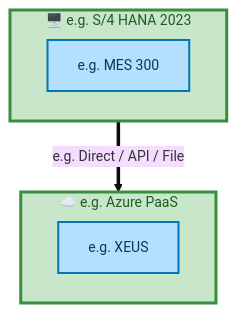
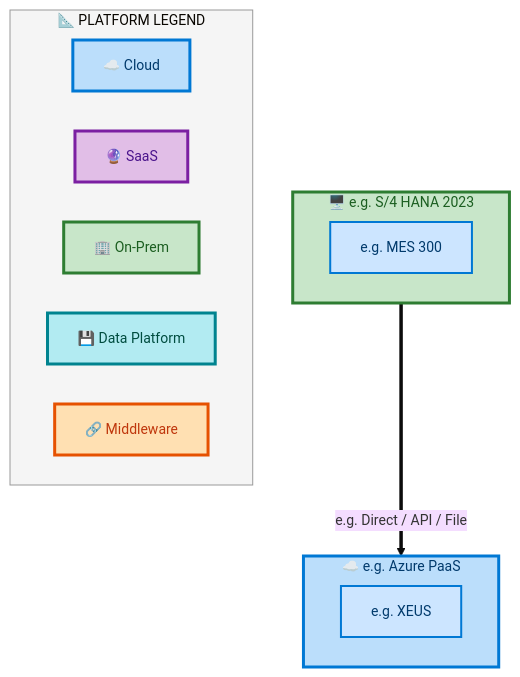
Before and after one commit to sajivfrancis777/IAO-Architecture: the seventh of 7 diagrams in towers/E2E/Procure to Pay/E2E-112/output/docs/systems-architecture/E2E-112-Architecture.md, drawn with Mermaid. The commit also changed other lines of this file and 394 other files, not shown here.

First line of the commit message:
feat: structured layer ordering for Mermaid architecture diagrams

````diff
--- a/towers/E2E/Procure to Pay/E2E-112/output/docs/systems-architecture/E2E-112-Architecture.md
+++ b/towers/E2E/Procure to Pay/E2E-112/output/docs/systems-architecture/E2E-112-Architecture.md
@@ -601,22 +634,36 @@
 ```mermaid
 %%{init: {"theme": "base", "securityLevel": "loose", "themeVariables": {"fontSize": "14px", "fontFamily": "Segoe UI, Arial"}, "flowchart": {"useMaxWidth": false, "htmlLabels": true, "nodeSpacing": 40, "rankSpacing": 50}} }%%
 flowchart TB
-    classDef appBox fill:#B5DFFF,stroke:#0077B6,stroke-width:2px,color:#003D5B
-    classDef platBox fill:#C8E6C9,stroke:#388E3C,stroke-width:3px,color:#1B5E20
-    classDef eolBox fill:#FFB5B5,stroke:#CC0000,stroke-width:2px,color:#660000
+    classDef appBox fill:#CCE5FF,stroke:#0078D4,stroke-width:2px,color:#003A6C
+    classDef platBox fill:#C8E6C9,stroke:#2E7D32,stroke-width:3px,color:#1B5E20
+    classDef eolBox fill:#FFCDD2,stroke:#C62828,stroke-width:2px,color:#B71C1C
 
     subgraph E2E112FPLP_e_g_Azure_PaaS["☁️ e.g. Azure PaaS"]
         direction LR
         E2E112FPLA_e_g_XEUS["e.g. XEUS"]:::appBox
     end
-    style E2E112FPLP_e_g_Azure_PaaS fill:#C8E6C9,stroke:#388E3C,stroke-width:3px,color:#1B5E20
+    style E2E112FPLP_e_g_Azure_PaaS fill:#BBDEFB,stroke:#0078D4,stroke-width:3px,color:#003A6C
 
     subgraph E2E112FPLP_e_g_S_4_HANA_2023["🖥️ e.g. S/4 HANA 2023"]
         direction LR
         E2E112FPLA_e_g_MES_300["e.g. MES 300"]:::appBox
     end
-    style E2E112FPLP_e_g_S_4_HANA_2023 fill:#C8E6C9,stroke:#388E3C,stroke-width:3px,color:#1B5E20
+    style E2E112FPLP_e_g_S_4_HANA_2023 fill:#C8E6C9,stroke:#2E7D32,stroke-width:3px,color:#1B5E20
 
     E2E112FPLP_e_g_S_4_HANA_2023 ==>|"e.g. Direct / API / File"| E2E112FPLP_e_g_Azure_PaaS
 
+    subgraph E2E112FPLLegend["📐 PLATFORM LEGEND"]
+        direction LR
+        E2E112FPLLC["☁️ Cloud"]
+        E2E112FPLLS["🔮 SaaS"]
+        E2E112FPLLO["🏢 On-Prem"]
+        E2E112FPLLD["💾 Data Platform"]
+        E2E112FPLLM["🔗 Middleware"]
+    end
+    style E2E112FPLLegend fill:#F5F5F5,stroke:#999,stroke-width:1px
+    style E2E112FPLLC fill:#BBDEFB,stroke:#0078D4,stroke-width:3px,color:#003A6C
+    style E2E112FPLLS fill:#E1BEE7,stroke:#7B1FA2,stroke-width:3px,color:#4A148C
+    style E2E112FPLLO fill:#C8E6C9,stroke:#2E7D32,stroke-width:3px,color:#1B5E20
+    style E2E112FPLLD fill:#B2EBF2,stroke:#00838F,stroke-width:3px,color:#004D40
+    style E2E112FPLLM fill:#FFE0B2,stroke:#E65100,stroke-width:3px,color:#BF360C
 ```
````
